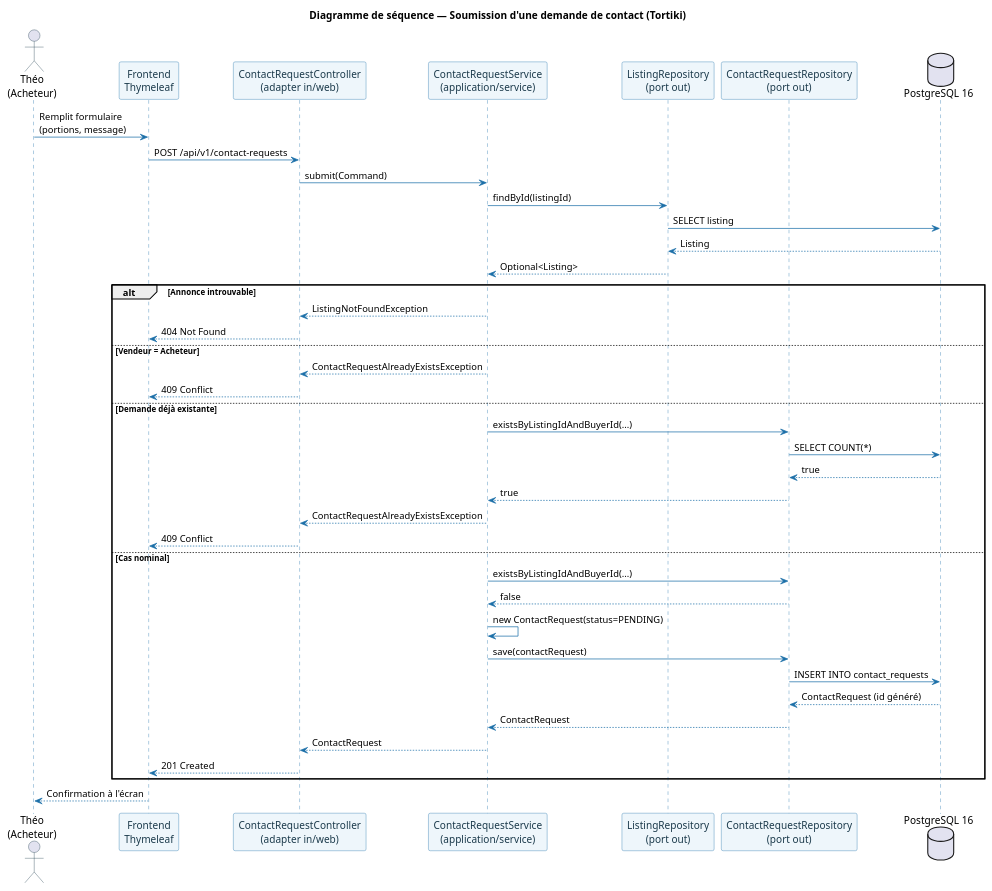
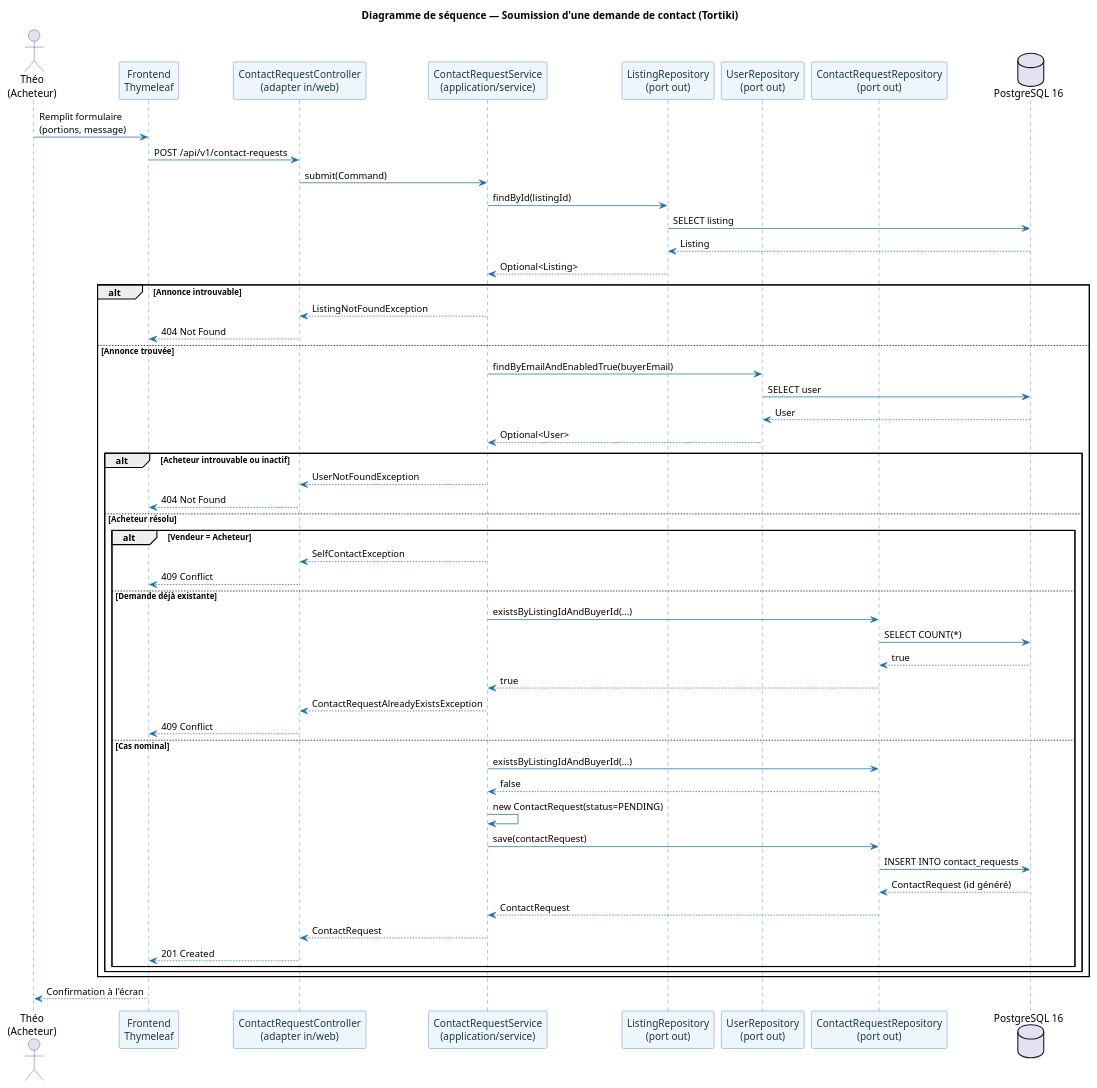
Before and after one commit to jferminh/tortiki-api: the diagram in docs/Diagramme_Sequence_Soumission_Demande_Contact.puml, drawn with PlantUML. The commit also changed 2 other files, not shown here.

```diff
--- a/docs/Diagramme_Sequence_Soumission_Demande_Contact.puml
+++ b/docs/Diagramme_Sequence_Soumission_Demande_Contact.puml
@@ -1,58 +1,71 @@
 @startuml Sequence_Soumission_Demande_Contact
 skinparam backgroundColor #FFFFFF
 skinparam sequence {
   ArrowColor #1B6FA8
   ActorBorderColor #1B3A4B
   LifeLineBorderColor #1B6FA8
   ParticipantBackgroundColor #EEF6FB
   ParticipantBorderColor #1B6FA8
   ParticipantFontColor #1B3A4B
   BoxBackgroundColor #FFF9F0
 }
 title Diagramme de séquence — Soumission d'une demande de contact (Tortiki)
 
 actor "Théo\n(Acheteur)" as Buyer
 participant "Frontend\nThymeleaf" as FE
 participant "ContactRequestController\n(adapter in/web)" as Ctrl
 participant "ContactRequestService\n(application/service)" as Svc
 participant "ListingRepository\n(port out)" as ListingRepo
+participant "UserRepository\n(port out)" as UserRepo
 participant "ContactRequestRepository\n(port out)" as ContactRepo
 database "PostgreSQL 16" as DB
 
 Buyer -> FE : Remplit formulaire\n(portions, message)
 FE -> Ctrl : POST /api/v1/contact-requests
 Ctrl -> Svc : submit(Command)
 
 Svc -> ListingRepo : findById(listingId)
 ListingRepo -> DB : SELECT listing
 DB --> ListingRepo : Listing
 ListingRepo --> Svc : Optional<Listing>
 
 alt Annonce introuvable
   Svc --> Ctrl : ListingNotFoundException
   Ctrl --> FE : 404 Not Found
-else Vendeur = Acheteur
-  Svc --> Ctrl : ContactRequestAlreadyExistsException
-  Ctrl --> FE : 409 Conflict
-else Demande déjà existante
-  Svc -> ContactRepo : existsByListingIdAndBuyerId(...)
-  ContactRepo -> DB : SELECT COUNT(*)
-  DB --> ContactRepo : true
-  ContactRepo --> Svc : true
-  Svc --> Ctrl : ContactRequestAlreadyExistsException
-  Ctrl --> FE : 409 Conflict
-else Cas nominal
-  Svc -> ContactRepo : existsByListingIdAndBuyerId(...)
-  ContactRepo --> Svc : false
-  Svc -> Svc : new ContactRequest(status=PENDING)
-  Svc -> ContactRepo : save(contactRequest)
-  ContactRepo -> DB : INSERT INTO contact_requests
-  DB --> ContactRepo : ContactRequest (id généré)
-  ContactRepo --> Svc : ContactRequest
-  Svc --> Ctrl : ContactRequest
-  Ctrl --> FE : 201 Created
+else Annonce trouvée
+  Svc -> UserRepo : findByEmailAndEnabledTrue(buyerEmail)
+  UserRepo -> DB : SELECT user
+  DB --> UserRepo : User
+  UserRepo --> Svc : Optional<User>
+
+  alt Acheteur introuvable ou inactif
+    Svc --> Ctrl : UserNotFoundException
+    Ctrl --> FE : 404 Not Found
+  else Acheteur résolu
+    alt Vendeur = Acheteur
+      Svc --> Ctrl : SelfContactException
+      Ctrl --> FE : 409 Conflict
+    else Demande déjà existante
+      Svc -> ContactRepo : existsByListingIdAndBuyerId(...)
+      ContactRepo -> DB : SELECT COUNT(*)
+      DB --> ContactRepo : true
+      ContactRepo --> Svc : true
+      Svc --> Ctrl : ContactRequestAlreadyExistsException
+      Ctrl --> FE : 409 Conflict
+    else Cas nominal
+      Svc -> ContactRepo : existsByListingIdAndBuyerId(...)
+      ContactRepo --> Svc : false
+      Svc -> Svc : new ContactRequest(status=PENDING)
+      Svc -> ContactRepo : save(contactRequest)
+      ContactRepo -> DB : INSERT INTO contact_requests
+      DB --> ContactRepo : ContactRequest (id généré)
+      ContactRepo --> Svc : ContactRequest
+      Svc --> Ctrl : ContactRequest
+      Ctrl --> FE : 201 Created
+    end
+  end
 end
 
 FE --> Buyer : Confirmation à l'écran
 
 @enduml
```
